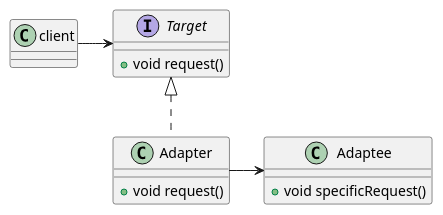
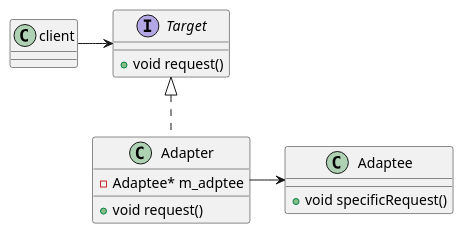
One commit to jwbecalm/Head-First-Design-Patterns-in-CPP changed the diagram in ch07_Adapter/plantuml/Adapter_class.plantuml. Above: the diagram before and after it, drawn with PlantUML. The commit also changed 3 other files, not shown here.

```diff
--- a/ch07_Adapter/plantuml/Adapter_class.plantuml
+++ b/ch07_Adapter/plantuml/Adapter_class.plantuml
@@ -1,20 +1,21 @@
 @startuml Adapter Pattern
 
 class client{
 
 }
 interface Target{
     + void request()
 }
 
 client -> Target
 
 class Adapter implements Target{
+    - Adaptee* m_adptee
     + void request()
 }
 
 class Adaptee{
     + void specificRequest()
 }
 Adapter -> Adaptee
 @enduml
```
